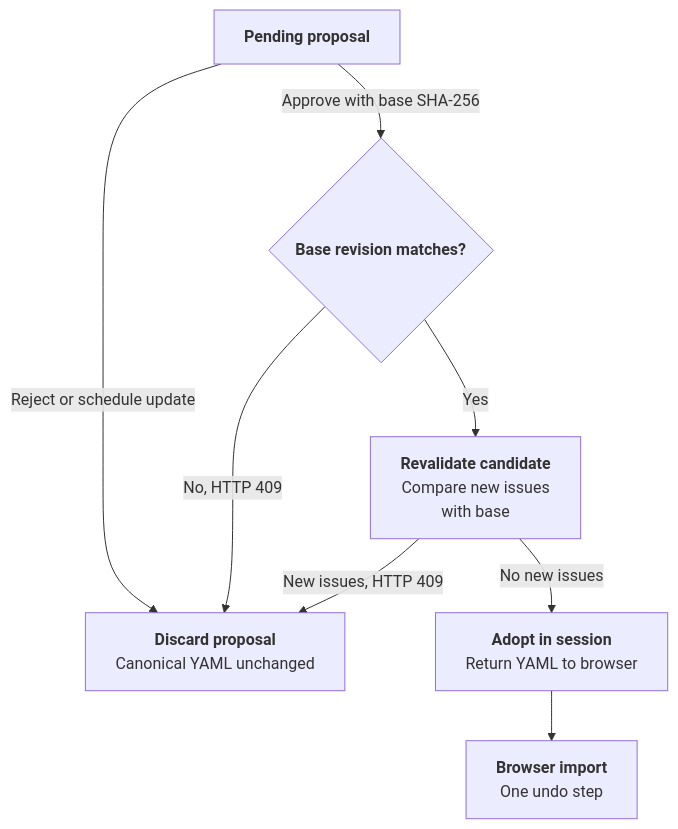
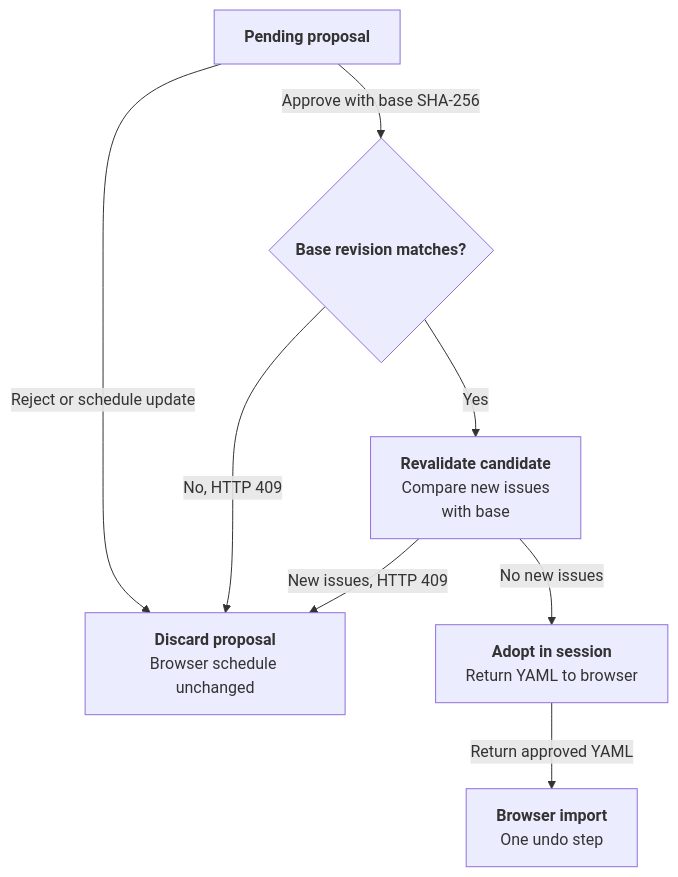
One commit to j3soon/nurse-scheduling changed diagram 14 of 14 in docs/content/developer-guide/ai-assistant.md. Above: the diagram before and after it, drawn with Mermaid. The commit also changed other lines of this file and 1 other file, not shown here.

First line of the commit message:
docs(ai): clarify runtime flow and diagram relationships

````diff
--- a/docs/content/developer-guide/ai-assistant.md
+++ b/docs/content/developer-guide/ai-assistant.md
@@ -768,12 +691,12 @@
 ```mermaid
 flowchart TB
     Pending[<b>Pending proposal</b>]
-    Pending -->|Reject or schedule update| Discard[<b>Discard proposal</b><br/>Canonical YAML unchanged]
+    Pending -->|Reject or schedule update| Discard[<b>Discard proposal</b><br/>Browser schedule unchanged]
     Pending -->|Approve with base SHA-256| Revision{<b>Base revision matches?</b>}
     Revision -->|No, HTTP 409| Discard
     Revision -->|Yes| Recheck[<b>Revalidate candidate</b><br/>Compare new issues<br/>with base]
     Recheck -->|New issues, HTTP 409| Discard
     Recheck -->|No new issues| Adopt[<b>Adopt in session</b><br/>Return YAML to browser]
-    Adopt --> Import[<b>Browser import</b><br/>One undo step]
+    Adopt -->|Return approved YAML| Import[<b>Browser import</b><br/>One undo step]
 
 ```
````
